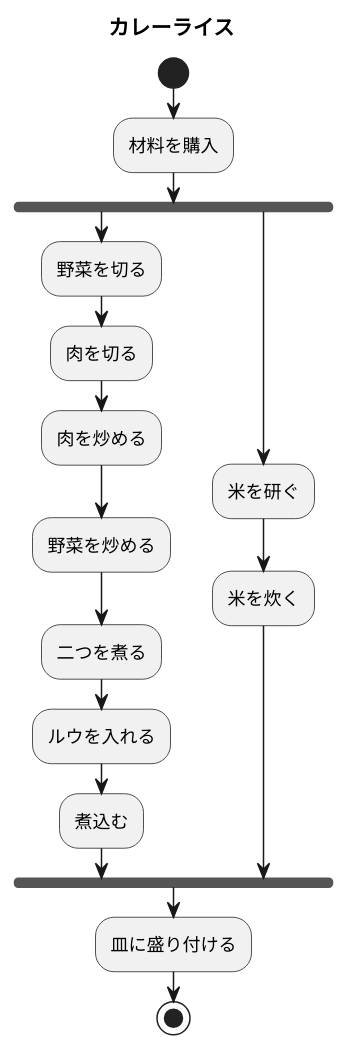
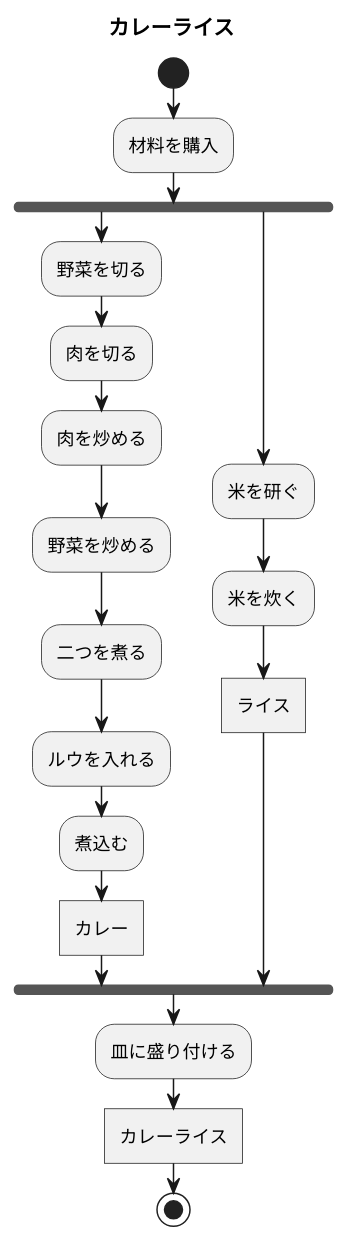
The diagram in 7章練習_ACカレーライス.pu (shinichiro2631/uml_intro), drawn with PlantUML before and after one commit.

Commit message:
カレーライス完成

```diff
--- a/7章練習_ACカレーライス.pu
+++ b/7章練習_ACカレーライス.pu
@@ -1,19 +1,22 @@
 @startuml アクティビティ図
 title カレーライス
 start
 :材料を購入;
 fork
 :野菜を切る;
 :肉を切る;
 :肉を炒める;
 :野菜を炒める;
 :二つを煮る;
 :ルウを入れる;
 :煮込む;
+:カレー]
 fork again
 :米を研ぐ;
 :米を炊く;
+:ライス]
 end fork
 :皿に盛り付ける;
+:カレーライス]
 stop
 @enduml
```
